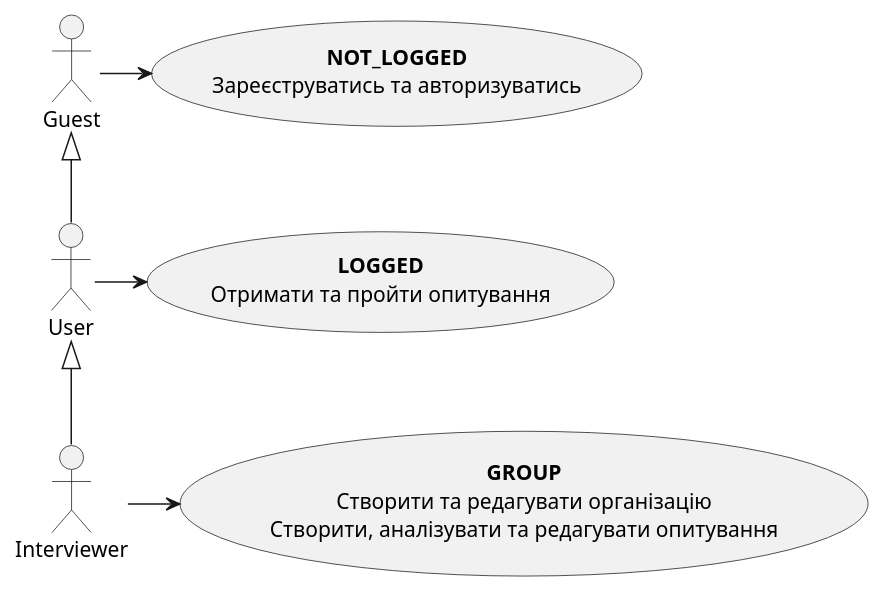
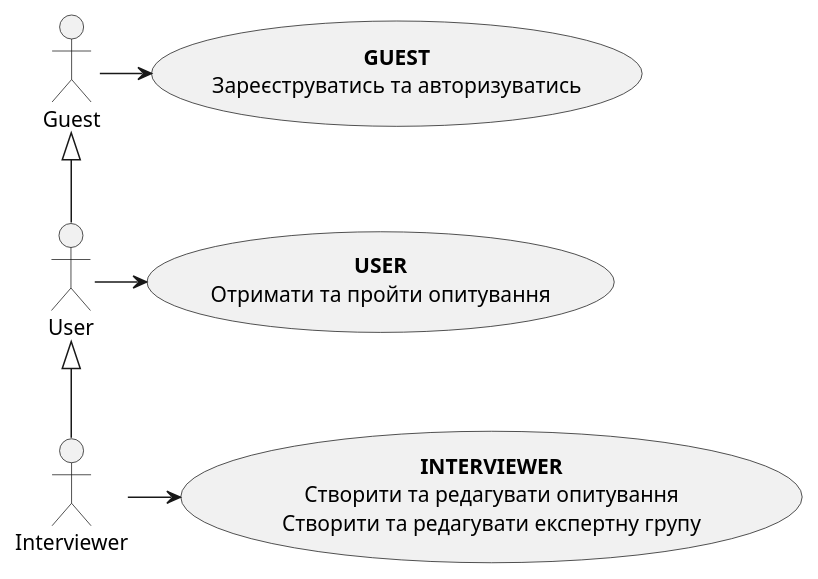
Before and after one commit to michigang1/ImForms: the first of 4 diagrams in docs/use cases/README.md, drawn with PlantUML. The commit also changed other lines of this file, not shown here.

Commit message:
added some diagrams

```diff
--- a/docs/use cases/README.md
+++ b/docs/use cases/README.md
@@ -21,15 +8,16 @@
 @startuml
 actor Guest
 actor User
 actor Interviewer
 
+usecase "<b>GUEST\nЗареєструватись та авторизуватись" as G
+usecase "<b>USER\nОтримати та пройти опитування" as U
+usecase "<b>INTERVIEWER\nСтворити та редагувати опитування\nСтворити та редагувати експертну групу" as I
+
 User -u-|> Guest
-Interviewer-u-|> User
+Interviewer -u-|> User
 
-usecase "**NOT_LOGGED**\nЗареєструватись та авторизуватись" as NL
-usecase "**LOGGED**\nОтримати та пройти опитування" as U
-usecase "**GROUP**\nСтворити та редагувати організацію\nСтворити, аналізувати та редагувати опитування" as O
-Guest -r-> NL
-User -r-> U
-Interviewer -r-> O
+Guest -> G
+User -> U
+Interviewer -> I
 @enduml
```
